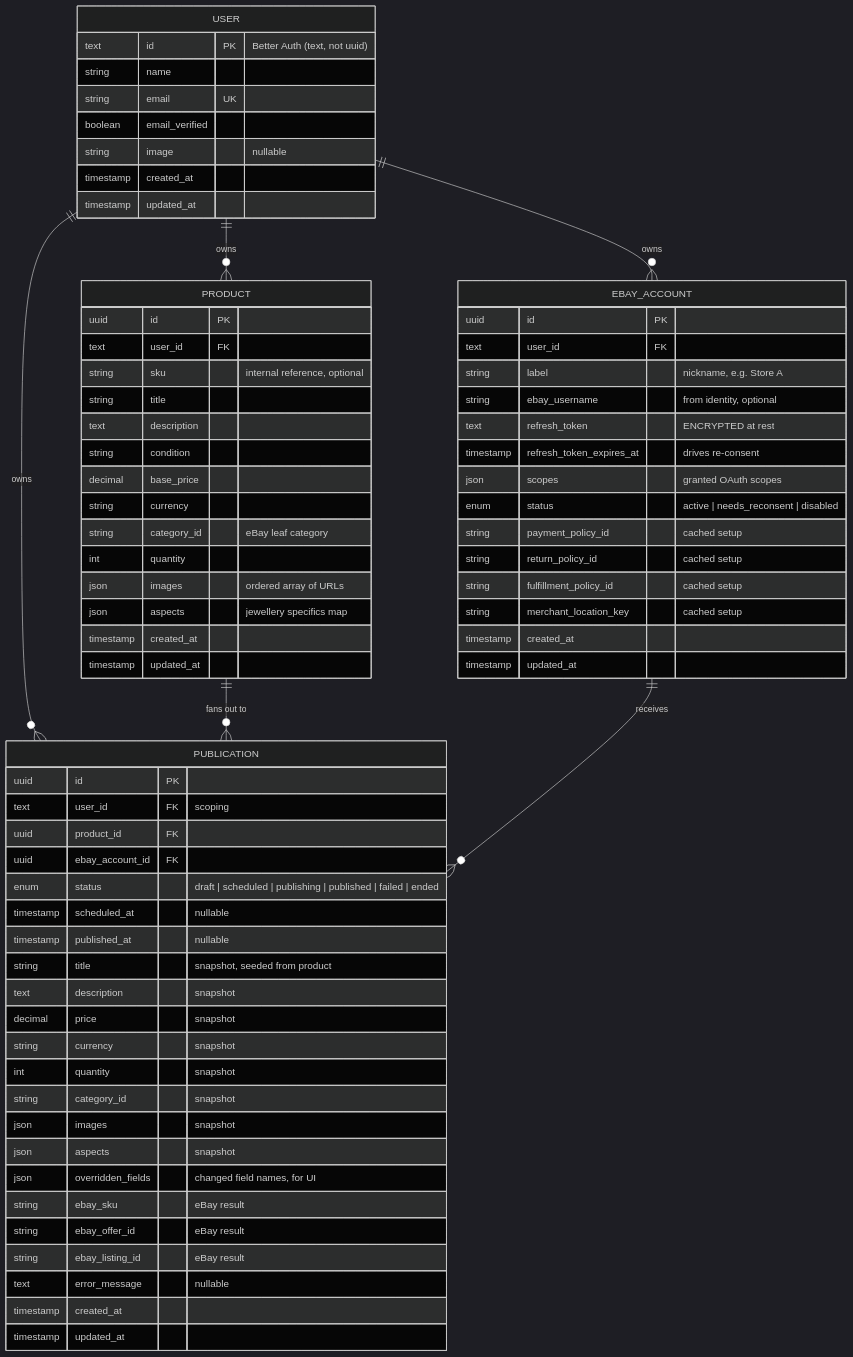
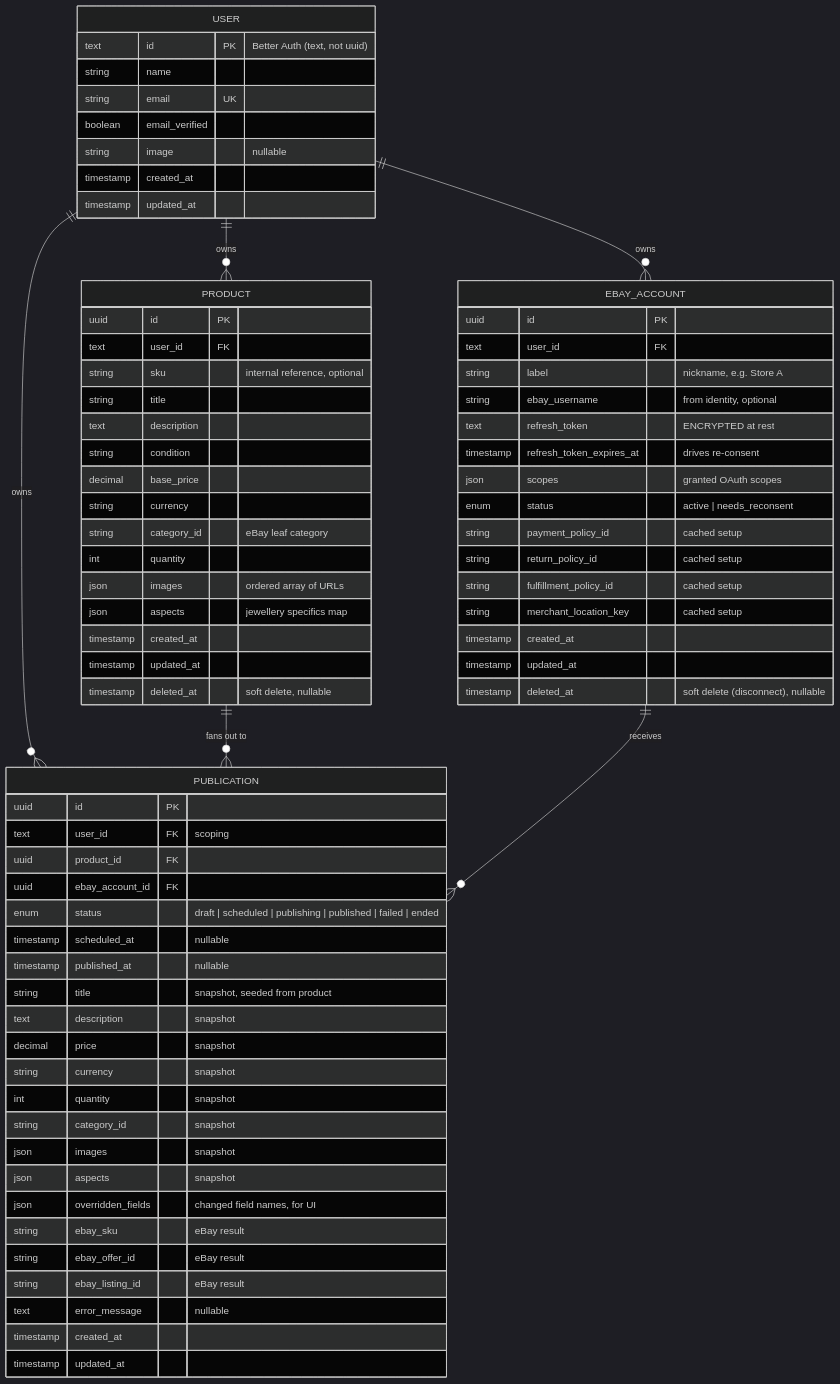
The diagram in docs/schema.md (senilm/listing-tool), drawn with Mermaid (dark theme) before and after one commit. The commit also changed 24 other files, not shown here.

First line of the commit message:
refactor: soft-delete via deletedAt instead of status

````diff
--- a/docs/schema.md
+++ b/docs/schema.md
@@ -15,77 +15,79 @@
 ```mermaid
 erDiagram
     USER ||--o{ EBAY_ACCOUNT : owns
     USER ||--o{ PRODUCT : owns
     USER ||--o{ PUBLICATION : owns
     PRODUCT ||--o{ PUBLICATION : "fans out to"
     EBAY_ACCOUNT ||--o{ PUBLICATION : receives
 
     USER {
         text id PK "Better Auth (text, not uuid)"
         string name
         string email UK
         boolean email_verified
         string image "nullable"
         timestamp created_at
         timestamp updated_at
     }
 
     EBAY_ACCOUNT {
         uuid id PK
         text user_id FK
         string label "nickname, e.g. Store A"
         string ebay_username "from identity, optional"
         text refresh_token "ENCRYPTED at rest"
         timestamp refresh_token_expires_at "drives re-consent"
         json scopes "granted OAuth scopes"
-        enum status "active | needs_reconsent | disabled"
+        enum status "active | needs_reconsent"
         string payment_policy_id "cached setup"
         string return_policy_id "cached setup"
         string fulfillment_policy_id "cached setup"
         string merchant_location_key "cached setup"
         timestamp created_at
         timestamp updated_at
+        timestamp deleted_at "soft delete (disconnect), nullable"
     }
 
     PRODUCT {
         uuid id PK
         text user_id FK
         string sku "internal reference, optional"
         string title
         text description
         string condition
         decimal base_price
         string currency
         string category_id "eBay leaf category"
         int quantity
         json images "ordered array of URLs"
         json aspects "jewellery specifics map"
         timestamp created_at
         timestamp updated_at
+        timestamp deleted_at "soft delete, nullable"
     }
 
     PUBLICATION {
         uuid id PK
         text user_id FK "scoping"
         uuid product_id FK
         uuid ebay_account_id FK
         enum status "draft | scheduled | publishing | published | failed | ended"
         timestamp scheduled_at "nullable"
         timestamp published_at "nullable"
         string title "snapshot, seeded from product"
         text description "snapshot"
         decimal price "snapshot"
         string currency "snapshot"
         int quantity "snapshot"
         string category_id "snapshot"
         json images "snapshot"
         json aspects "snapshot"
         json overridden_fields "changed field names, for UI"
         string ebay_sku "eBay result"
         string ebay_offer_id "eBay result"
         string ebay_listing_id "eBay result"
         text error_message "nullable"
         timestamp created_at
         timestamp updated_at
     }
 ```
````
